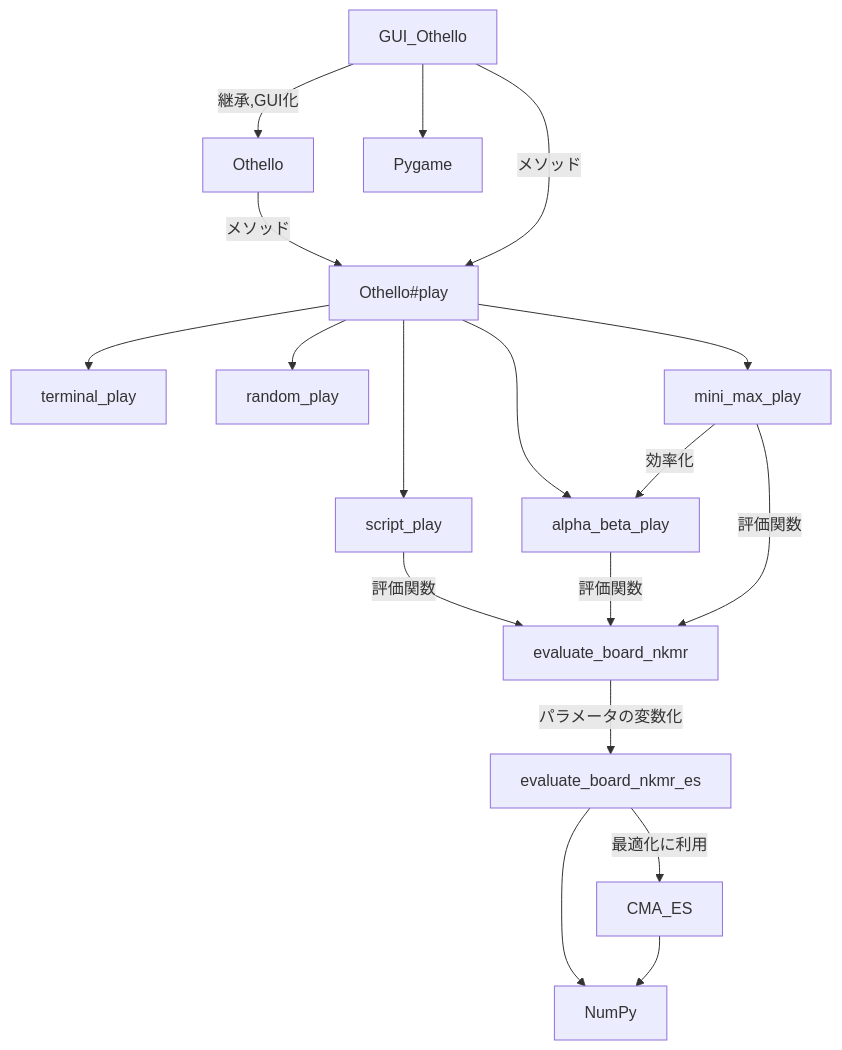
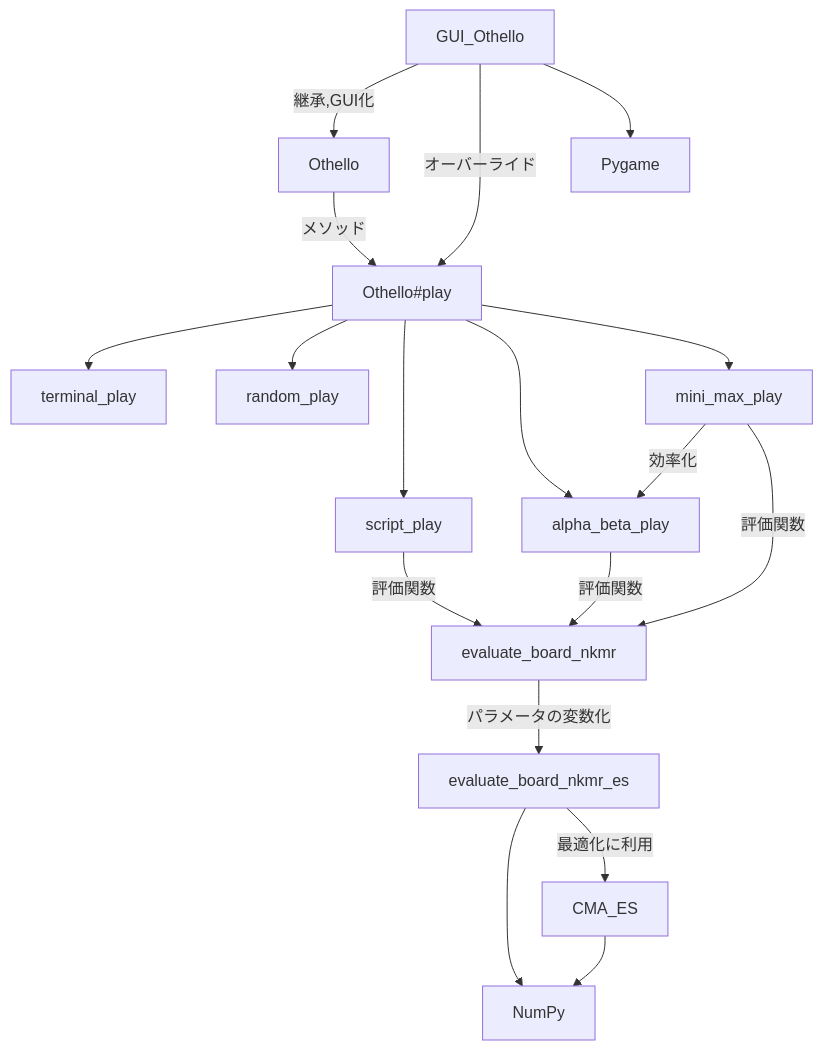
One commit to nakamura0211/othelloAI changed the diagram in README.md. Above: the diagram before and after it, drawn with Mermaid. The commit also changed other lines of this file, not shown here.

````diff
--- a/README.md
+++ b/README.md
@@ -8,20 +6,20 @@
 ```mermaid
 graph TD
 GUI_Othello --> |継承,GUI化| Othello
+Othello --> |メソッド| Othello#play
+GUI_Othello --> |オーバーライド| Othello#play
+Othello#play --> terminal_play
 GUI_Othello --> Pygame
-Othello --> |メソッド| Othello#play
-GUI_Othello --> |メソッド| Othello#play
-Othello#play --> terminal_play
 Othello#play --> random_play
 Othello#play --> script_play
 CMA_ES --> NumPy
 evaluate_board_nkmr_es --> NumPy
 evaluate_board_nkmr_es --> |最適化に利用| CMA_ES
 Othello#play --> alpha_beta_play
 Othello#play --> mini_max_play
 mini_max_play -->|効率化| alpha_beta_play
 mini_max_play -->  |評価関数| evaluate_board_nkmr
 script_play -->  |評価関数| evaluate_board_nkmr
 alpha_beta_play --> |評価関数| evaluate_board_nkmr
 evaluate_board_nkmr -->|パラメータの変数化| evaluate_board_nkmr_es
 ```
````
